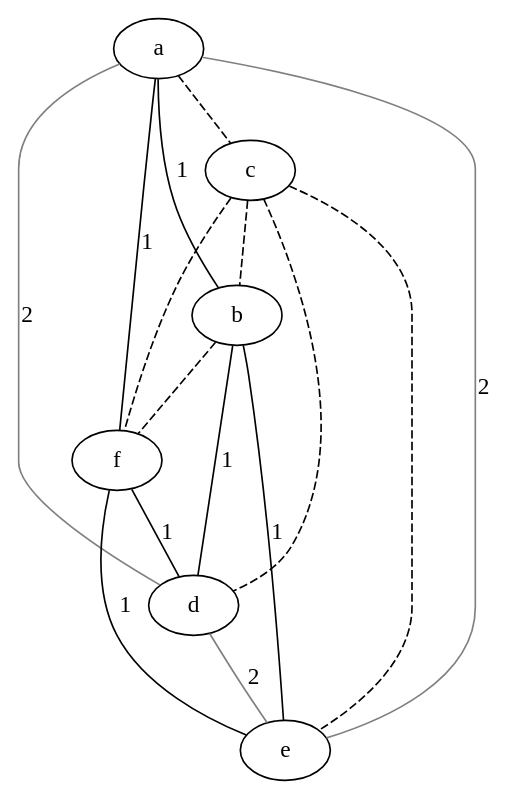
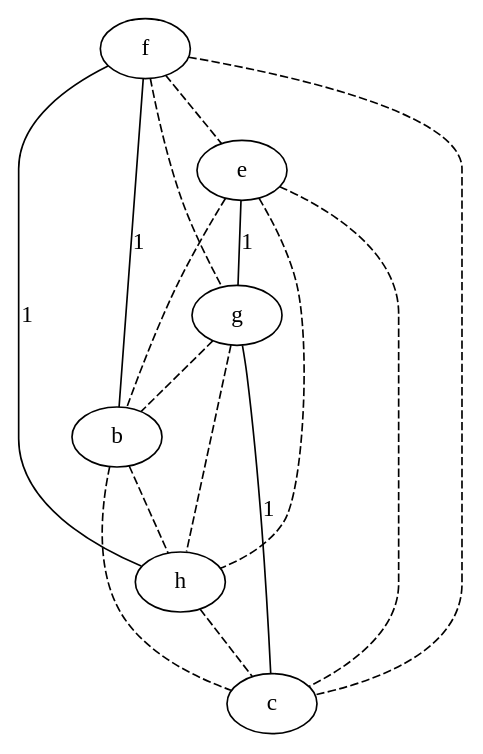
One commit to lrodrin/TFG changed the diagram in src/extension/linearGraph.dot. Above: the diagram before and after it, drawn with Graphviz. The commit also changed 7 other files, not shown here.

```diff
--- a/src/extension/linearGraph.dot
+++ b/src/extension/linearGraph.dot
@@ -1,23 +1,23 @@
 strict graph "" {
-a;
+f;
+e;
+g;
+b;
+h;
 c;
-b;
-f;
-d;
-e;
-a -- c  [color=black, style=dashed];
-a -- b  [color=black, label=1, style=solid];
-a -- f  [color=black, label=1, style=solid];
-a -- d  [color=grey, label=2, style=solid];
-a -- e  [color=grey, label=2, style=solid];
-c -- b  [color=black, style=dashed];
-c -- f  [color=black, style=dashed];
-c -- d  [color=black, style=dashed];
-c -- e  [color=black, style=dashed];
-b -- f  [color=black, style=dashed];
-b -- d  [color=black, label=1, style=solid];
-b -- e  [color=black, label=1, style=solid];
-f -- d  [color=black, label=1, style=solid];
-f -- e  [color=black, label=1, style=solid];
-d -- e  [color=grey, label=2, style=solid];
+f -- e  [color=black, style=dashed];
+f -- g  [color=black, style=dashed];
+f -- b  [color=black, label=1, style=solid];
+f -- h  [color=black, label=1, style=solid];
+f -- c  [color=black, style=dashed];
+e -- g  [color=black, label=1, style=solid];
+e -- b  [color=black, style=dashed];
+e -- h  [color=black, style=dashed];
+e -- c  [color=black, style=dashed];
+g -- b  [color=black, style=dashed];
+g -- h  [color=black, style=dashed];
+g -- c  [color=black, label=1, style=solid];
+b -- h  [color=black, style=dashed];
+b -- c  [color=black, style=dashed];
+h -- c  [color=black, style=dashed];
 }
```
